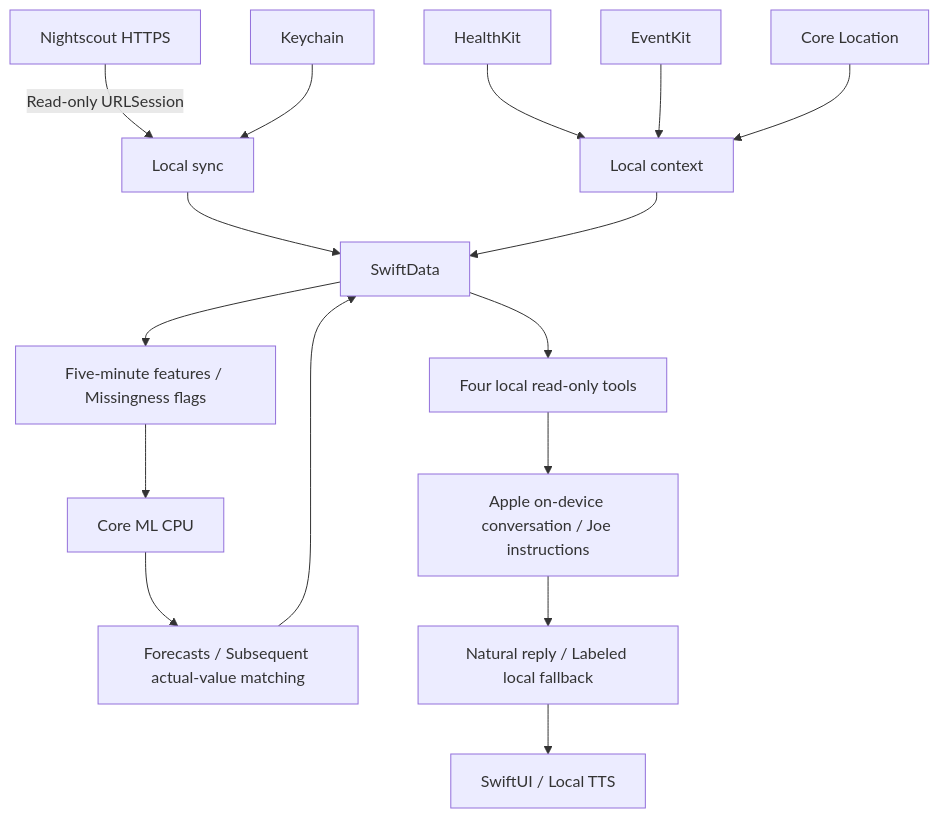
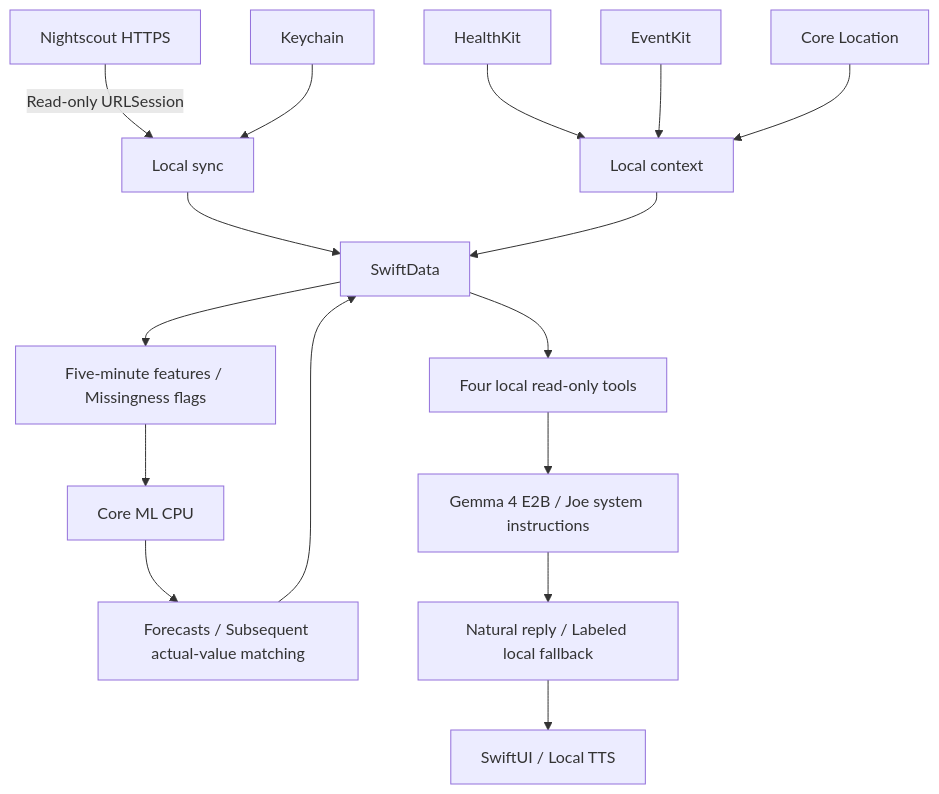
One commit to AndreaTang0123/T1D-Chatbot-IOS changed the diagram in docs/IMPLEMENTATION_STATUS.md. Above: the diagram before and after it, drawn with Mermaid. The commit also changed other lines of this file and 22 other files, not shown here.

````diff
--- a/docs/IMPLEMENTATION_STATUS.md
+++ b/docs/IMPLEMENTATION_STATUS.md
@@ -64,18 +64,18 @@
 ```mermaid
 flowchart TD
     NS[Nightscout HTTPS] -->|Read-only URLSession| SYNC[Local sync]
     KC[Keychain] --> SYNC
     HK[HealthKit] --> CTX[Local context]
     EK[EventKit] --> CTX
     CL[Core Location] --> CTX
     SYNC --> DB[SwiftData]
     CTX --> DB
     DB --> FEAT[Five-minute features / Missingness flags]
     FEAT --> ML[Core ML CPU]
     ML --> LOG[Forecasts / Subsequent actual-value matching]
     LOG --> DB
     DB --> TOOLS[Four local read-only tools]
-    TOOLS --> FM[Apple on-device conversation / Joe instructions]
+    TOOLS --> FM[Gemma 4 E2B / Joe system instructions]
     FM --> OUT[Natural reply / Labeled local fallback]
     OUT --> UI[SwiftUI / Local TTS]
 ```
````
